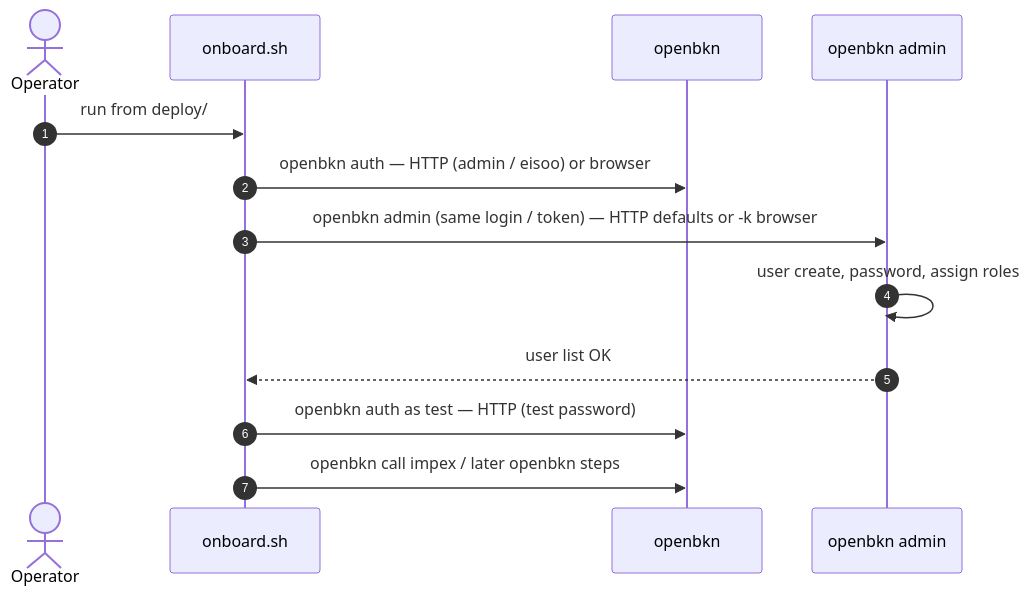
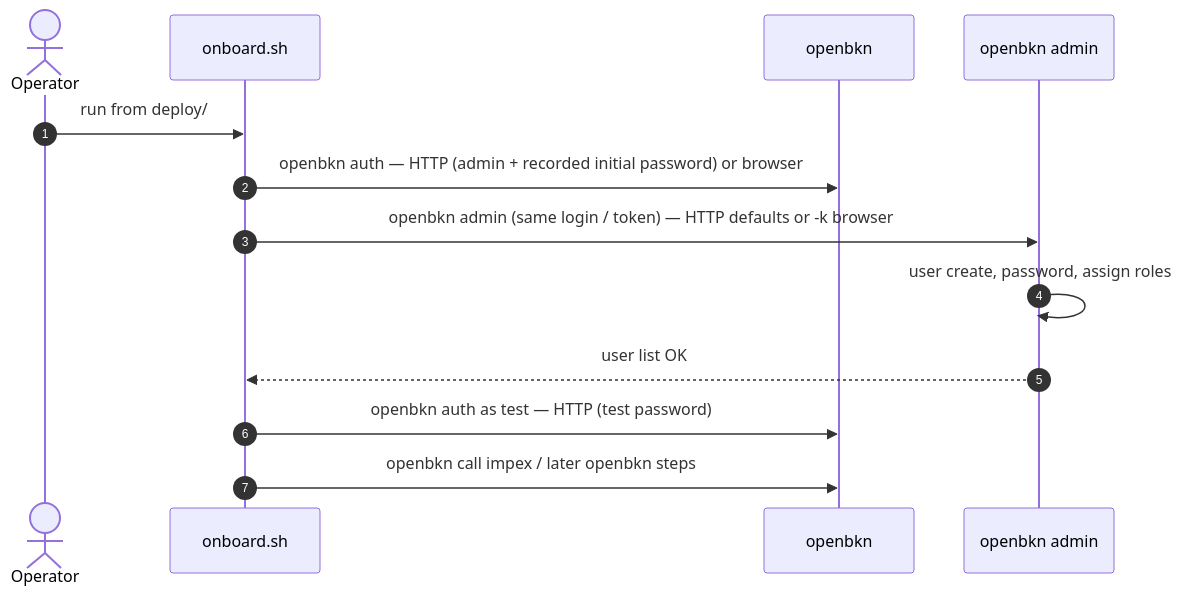
Before and after one commit to openbkn-ai/bkn-foundry: the third of 3 diagrams in help/en/install.md, drawn with Mermaid. The commit also changed other lines of this file and 7 other files, not shown here.

````diff
--- a/help/en/install.md
+++ b/help/en/install.md
@@ -329,15 +329,15 @@
 ```mermaid
 sequenceDiagram
   autonumber
   actor U as Operator
   participant O as onboard.sh
   participant K as openbkn
   participant A as openbkn admin
   U->>O: run from deploy/
-  O->>K: openbkn auth — HTTP (admin / eisoo) or browser
+  O->>K: openbkn auth — HTTP (admin + recorded initial password) or browser
   O->>A: openbkn admin (same login / token) — HTTP defaults or -k browser
   A->>A: user create, password, assign roles
   A-->>O: user list OK
   O->>K: openbkn auth as test — HTTP (test password)
   O->>K: openbkn call impex / later openbkn steps
 ```
````
